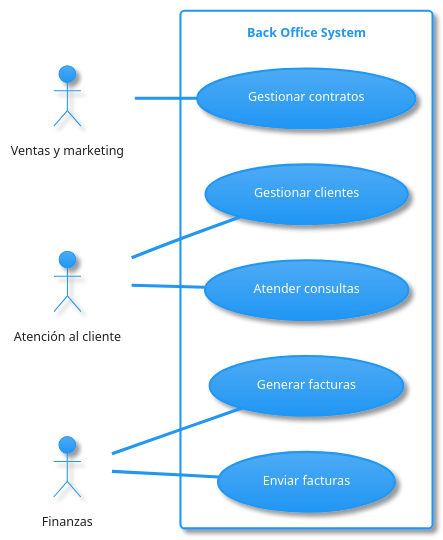
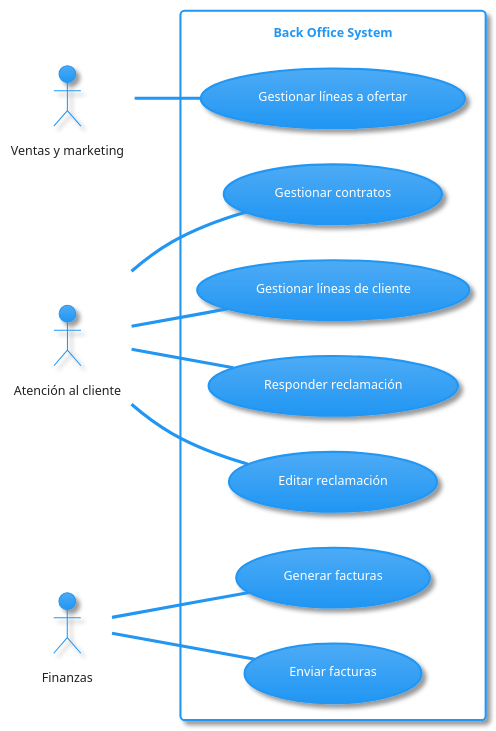
Before and after one commit to davidbp10/iw2023-2024-MovilUCA: the diagram in docs/diagrams/UCDiagramBackOffice.puml, drawn with PlantUML. The commit also changed 7 other files, not shown here.

Commit message:
V1.2024.01.08: rediseño de los diagramas para representar mejor el modelado actual.

```diff
--- a/docs/diagrams/UCDiagramBackOffice.puml
+++ b/docs/diagrams/UCDiagramBackOffice.puml
@@ -1,17 +1,19 @@
 @startuml FrontOffice
 !theme materia
 left to right direction
 
 actor "Ventas y marketing" as salesMarketing <<Empleado>>
 actor "Atención al cliente" as customerService <<Empleado>>
 actor "Finanzas" as finance <<Empleado>>
 
 rectangle "Back Office System" {
-    salesMarketing -- (Gestionar contratos)
-    customerService -- (Gestionar clientes)
-    customerService -- (Atender consultas)
+    salesMarketing -- (Gestionar líneas a ofertar)
+    customerService -- (Gestionar contratos)
+    customerService -- (Gestionar líneas de cliente)
+    customerService -- (Responder reclamación)
+    customerService -- (Editar reclamación)
     finance -- (Generar facturas)
     finance -- (Enviar facturas)
 
 }
 @enduml
```
